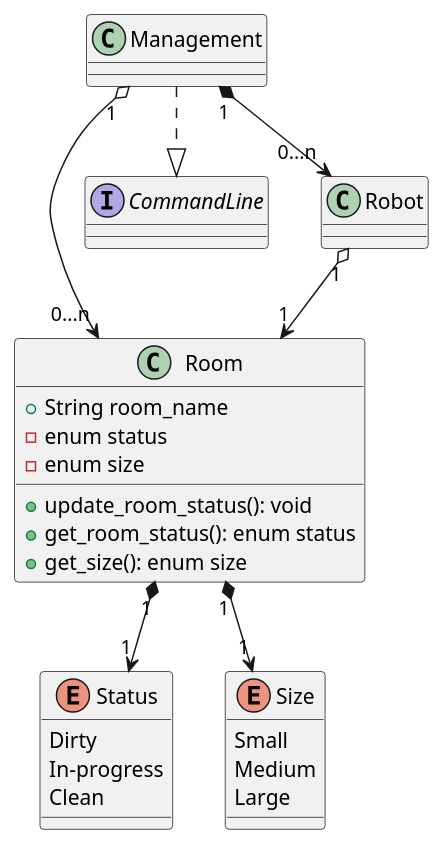
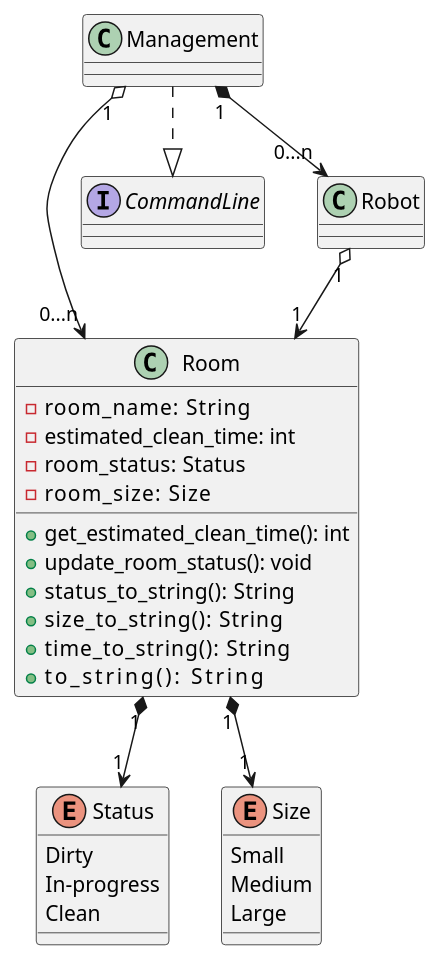
One commit to ur-cs-courses/course-project-krykna changed the diagram in docs/design/class_diagrams/room_class_diagram.puml. Above: the diagram before and after it, drawn with PlantUML. The commit also changed 6 other files, not shown here.

```diff
--- a/docs/design/class_diagrams/room_class_diagram.puml
+++ b/docs/design/class_diagrams/room_class_diagram.puml
@@ -1,31 +1,35 @@
 @startuml
 class Room {
-    + String room_name
-    - enum status
-    - enum size
+    - room_name:    String
+    - estimated_clean_time: int
+    - room_status:  Status
+    - room_size:    Size
+    + get_estimated_clean_time(): int
     + update_room_status(): void
-    + get_room_status(): enum status
-    + get_size(): enum size
+    + status_to_string():   String
+    + size_to_string():     String
+    + time_to_string():     String
+    + to_string():          String
 }
 
 enum Status {
     Dirty
     In-progress
     Clean
 }
 
 enum Size {
     Small
     Medium
     Large
 }
 
 interface CommandLine {}
 
 Management "1" o--> "0...n" Room
 Management "1" *--> "0...n" Robot
 Robot "1" o--> "1" Room
 Room "1" *--> "1" Status
 Room "1" *--> "1" Size
 Management ..|> CommandLine
 @enduml
```
